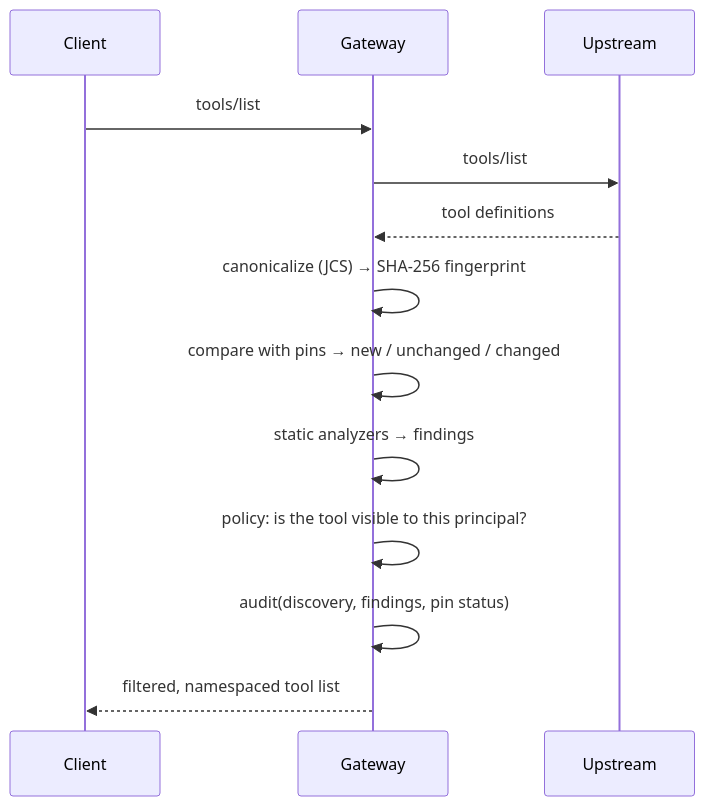
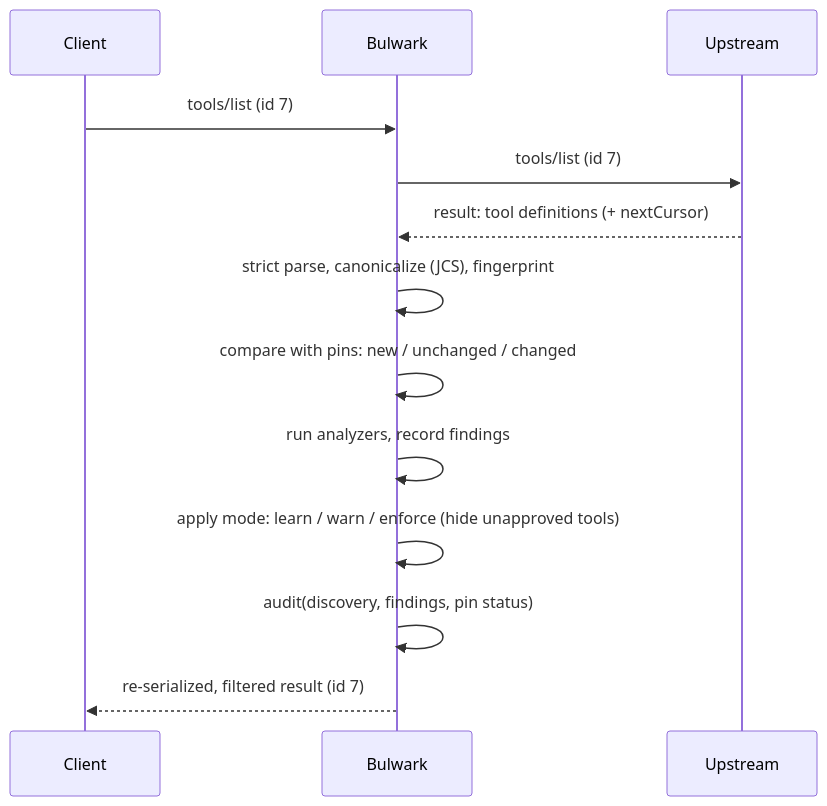
One commit to 1337-llama/robust-mcp-bulwark changed the fourth of 7 diagrams in DESIGN.md. Above: the diagram before and after it, drawn with Mermaid. The commit also changed other lines of this file and 8 other files, not shown here.

First line of the commit message:
Design 02: architecture, threat model, language and policy engine (#2)

````diff
--- a/DESIGN.md
+++ b/DESIGN.md
@@ -235,15 +312,15 @@
 ```mermaid
 sequenceDiagram
   participant C as Client
-  participant G as Gateway
+  participant B as Bulwark
   participant U as Upstream
-  C->>G: tools/list
-  G->>U: tools/list
-  U-->>G: tool definitions
-  G->>G: canonicalize (JCS) → SHA-256 fingerprint
-  G->>G: compare with pins → new / unchanged / changed
-  G->>G: static analyzers → findings
-  G->>G: policy: is the tool visible to this principal?
-  G->>G: audit(discovery, findings, pin status)
-  G-->>C: filtered, namespaced tool list
+  C->>B: tools/list (id 7)
+  B->>U: tools/list (id 7)
+  U-->>B: result: tool definitions (+ nextCursor)
+  B->>B: strict parse, canonicalize (JCS), fingerprint
+  B->>B: compare with pins: new / unchanged / changed
+  B->>B: run analyzers, record findings
+  B->>B: apply mode: learn / warn / enforce (hide unapproved tools)
+  B->>B: audit(discovery, findings, pin status)
+  B-->>C: re-serialized, filtered result (id 7)
 ```
````
